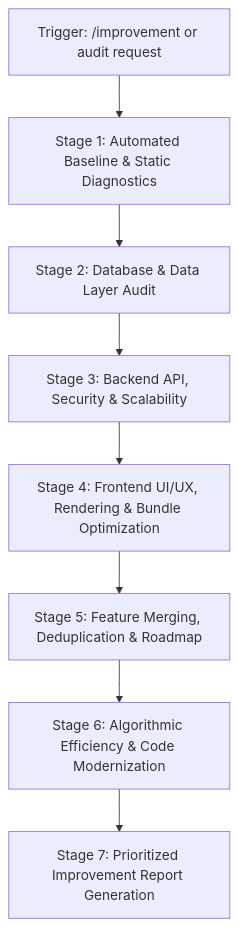
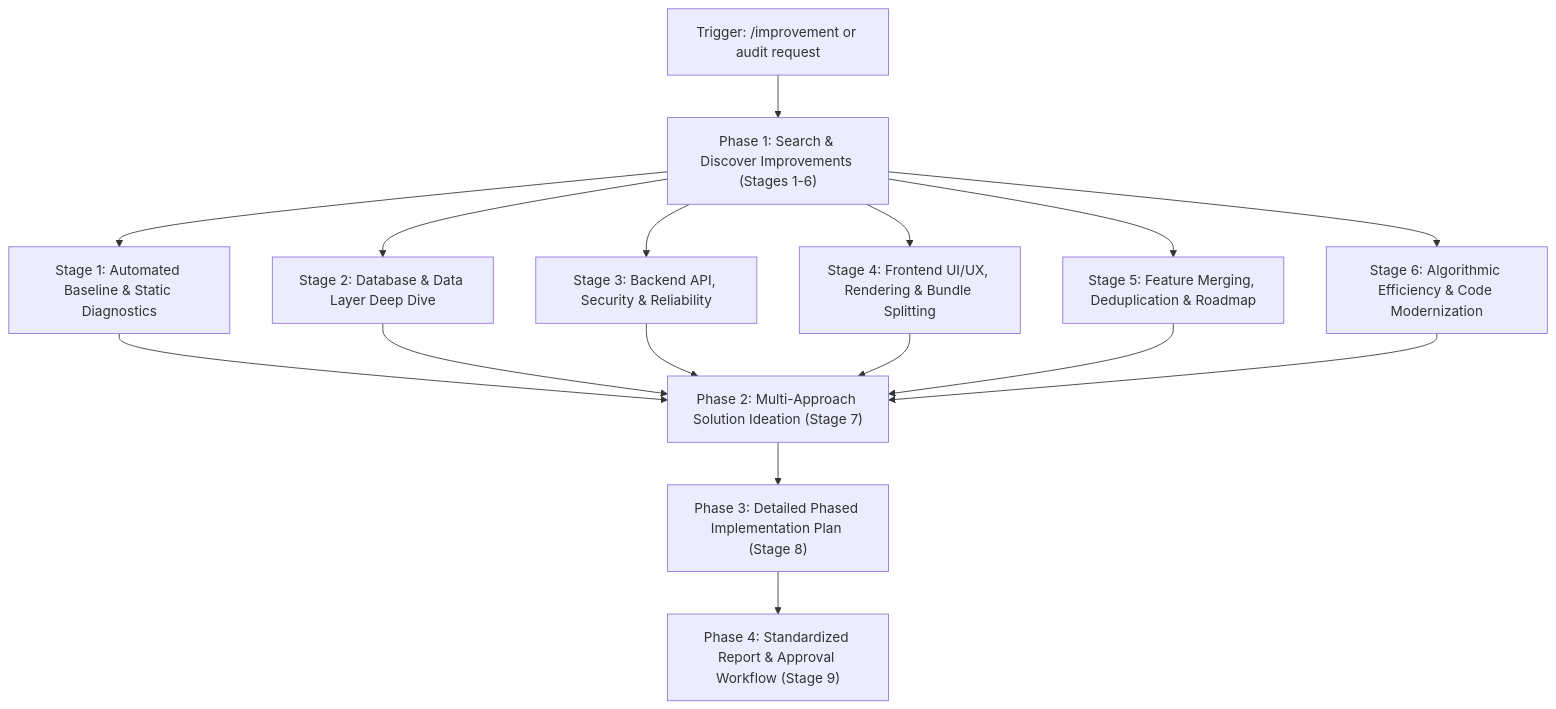
One commit to RajatSharma404/DSA-Tracker changed the first of 2 diagrams in .agents/skills/improvement/SKILL.md. Above: the diagram before and after it, drawn with Mermaid. The commit also changed other lines of this file, not shown here.

Commit message:
feat(skills): upgrade improvement runbook with multi-way solution ideation and phased planning

````diff
--- a/.agents/skills/improvement/SKILL.md
+++ b/.agents/skills/improvement/SKILL.md
@@ -19,10 +24,13 @@
 ```mermaid
 graph TD
-  A["Trigger: /improvement or audit request"] --> B["Stage 1: Automated Baseline & Static Diagnostics"]
-  B --> C["Stage 2: Database & Data Layer Audit"]
-  C --> D["Stage 3: Backend API, Security & Scalability"]
-  D --> E["Stage 4: Frontend UI/UX, Rendering & Bundle Optimization"]
-  E --> F["Stage 5: Feature Merging, Deduplication & Roadmap"]
-  F --> G["Stage 6: Algorithmic Efficiency & Code Modernization"]
-  G --> H["Stage 7: Prioritized Improvement Report Generation"]
+  A["Trigger: /improvement or audit request"] --> B["Phase 1: Search & Discover Improvements (Stages 1-6)"]
+  B --> B1["Stage 1: Automated Baseline & Static Diagnostics"]
+  B --> B2["Stage 2: Database & Data Layer Deep Dive"]
+  B --> B3["Stage 3: Backend API, Security & Reliability"]
+  B --> B4["Stage 4: Frontend UI/UX, Rendering & Bundle Splitting"]
+  B --> B5["Stage 5: Feature Merging, Deduplication & Roadmap"]
+  B --> B6["Stage 6: Algorithmic Efficiency & Code Modernization"]
+  B1 & B2 & B3 & B4 & B5 & B6 --> C["Phase 2: Multi-Approach Solution Ideation (Stage 7)"]
+  C --> D["Phase 3: Detailed Phased Implementation Plan (Stage 8)"]
+  D --> E["Phase 4: Standardized Report & Approval Workflow (Stage 9)"]
 ```
````
